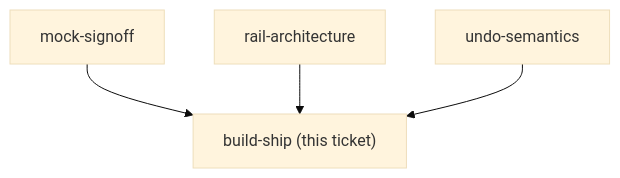
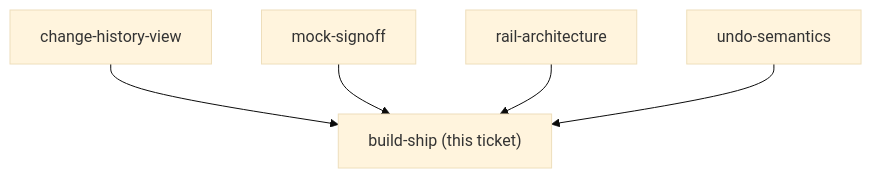
Before and after one commit to ThodsaphonSonthiphin/MenuNest: the diagram in docs/decision-map/shortcut-rail-106/tickets/build-ship.md, drawn with Mermaid (base theme). The commit also changed other lines of this file and 6 other files, not shown here.

First line of the commit message:
docs(budget): the shortcut rail is a history control, not a launcher (#106)

````diff
--- a/docs/decision-map/shortcut-rail-106/tickets/build-ship.md
+++ b/docs/decision-map/shortcut-rail-106/tickets/build-ship.md
@@ -16,7 +16,8 @@
 ```mermaid
 graph TD
     ME["build-ship (this ticket)"]
-    P0["mock-signoff"] --> ME
-    P1["rail-architecture"] --> ME
-    P2["undo-semantics"] --> ME
+    P0["change-history-view"] --> ME
+    P1["mock-signoff"] --> ME
+    P2["rail-architecture"] --> ME
+    P3["undo-semantics"] --> ME
 ```
````
